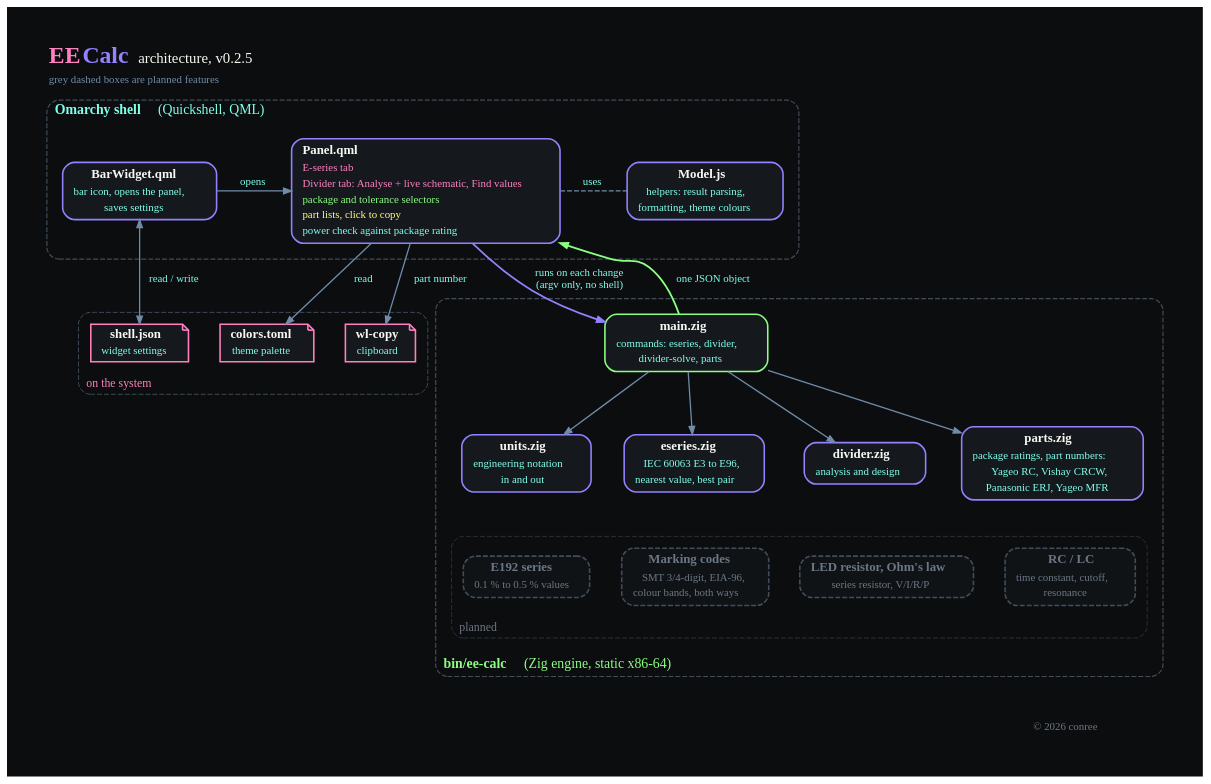
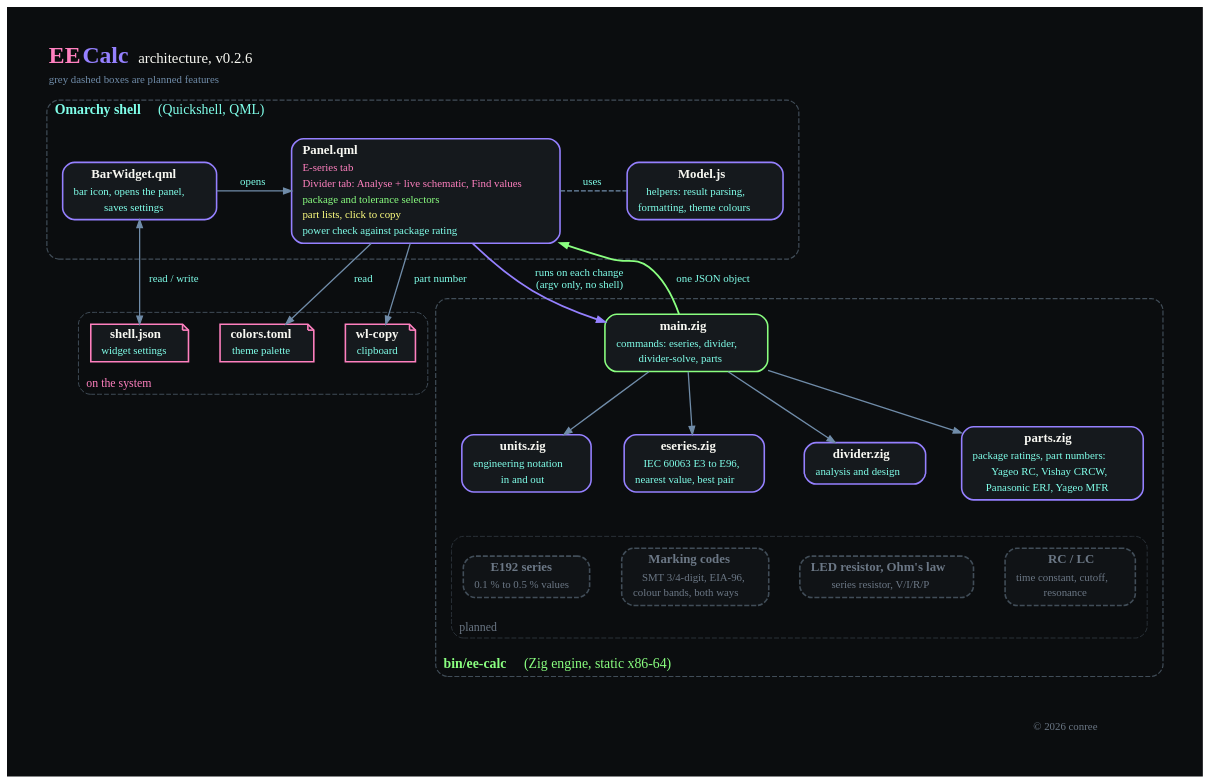
Before and after one commit to conree/omarchy-ee-calc: the diagram in docs/architecture.dot, drawn with Graphviz. The commit also changed 8 other files, not shown here.

```diff
--- a/docs/architecture.dot
+++ b/docs/architecture.dot
@@ -1,134 +1,134 @@
 // EE Calc architecture. Source for docs/architecture.png; regenerate with:
 //   dot -Tpng -Gdpi=144 docs/architecture.dot -o docs/architecture.png
 // Published as a PNG, not an outlined SVG: the Comic Code licence does not
 // allow distributing its glyph outlines in a reusable form.
 // Colours are the Dracula Pro Van Helsing palette; grey dashed boxes are
 // planned, not built. Every label is a table so multi-line text keeps its
 // line spacing.
 
 digraph eecalc {
   graph [rankdir=TB, bgcolor="#0B0D0F", fontname="Comic Code Ligatures", fontcolor="#F8F8F2",
          pad=0.45, nodesep=0.45, ranksep=0.65, compound=true, newrank=true, splines=spline]
   node  [shape=box, style="rounded,filled", fillcolor="#15191D", color="#9580FF", penwidth=1.6,
          fontname="Comic Code Ligatures", fontcolor="#F8F8F2", fontsize=13, margin="0.12,0.06"]
   edge  [color="#708CA9", penwidth=1.3, arrowsize=0.8, fontname="Comic Code Ligatures",
          fontcolor="#80FFEA", fontsize=11]
 
   label=<<TABLE BORDER="0" CELLPADDING="2" CELLSPACING="0">
-    <TR><TD ALIGN="LEFT"><FONT POINT-SIZE="24" COLOR="#FF80BF"><B>EE </B></FONT><FONT POINT-SIZE="24" COLOR="#9580FF"><B>Calc</B></FONT><FONT POINT-SIZE="15" COLOR="#F8F8F2">   architecture, v0.2.5</FONT></TD></TR>
+    <TR><TD ALIGN="LEFT"><FONT POINT-SIZE="24" COLOR="#FF80BF"><B>EE </B></FONT><FONT POINT-SIZE="24" COLOR="#9580FF"><B>Calc</B></FONT><FONT POINT-SIZE="15" COLOR="#F8F8F2">   architecture, v0.2.6</FONT></TD></TR>
     <TR><TD ALIGN="LEFT"><FONT POINT-SIZE="11" COLOR="#708CA9">grey dashed boxes are planned features</FONT></TD></TR>
   </TABLE>>
   labelloc=t; labeljust=l
 
   // ---- Inside the Omarchy shell -------------------------------------------
   subgraph cluster_shell {
     label=<<FONT COLOR="#80FFEA" POINT-SIZE="14"><B>Omarchy shell</B>  (Quickshell, QML)</FONT>>
     labeljust=l; style="rounded,dashed"; color="#414D58"; penwidth=1.2; margin=16
 
     bar [label=<<TABLE BORDER="0" CELLPADDING="2" CELLSPACING="0">
       <TR><TD><B>BarWidget.qml</B></TD></TR>
       <TR><TD><FONT POINT-SIZE="11" COLOR="#80FFEA">bar icon, opens the panel,</FONT></TD></TR>
       <TR><TD><FONT POINT-SIZE="11" COLOR="#80FFEA">saves settings</FONT></TD></TR></TABLE>>]
 
     panel [label=<<TABLE BORDER="0" CELLPADDING="2" CELLSPACING="0">
       <TR><TD ALIGN="LEFT"><B>Panel.qml</B></TD></TR>
       <TR><TD ALIGN="LEFT"><FONT POINT-SIZE="11" COLOR="#FF80BF">E-series tab</FONT></TD></TR>
       <TR><TD ALIGN="LEFT"><FONT POINT-SIZE="11" COLOR="#FF80BF">Divider tab: Analyse + live schematic, Find values</FONT></TD></TR>
       <TR><TD ALIGN="LEFT"><FONT POINT-SIZE="11" COLOR="#8AFF80">package and tolerance selectors</FONT></TD></TR>
       <TR><TD ALIGN="LEFT"><FONT POINT-SIZE="11" COLOR="#FFFF80">part lists, click to copy</FONT></TD></TR>
       <TR><TD ALIGN="LEFT"><FONT POINT-SIZE="11" COLOR="#80FFEA">power check against package rating</FONT></TD></TR></TABLE>>]
 
     model [label=<<TABLE BORDER="0" CELLPADDING="2" CELLSPACING="0">
       <TR><TD><B>Model.js</B></TD></TR>
       <TR><TD><FONT POINT-SIZE="11" COLOR="#80FFEA">helpers: result parsing,</FONT></TD></TR>
       <TR><TD><FONT POINT-SIZE="11" COLOR="#80FFEA">formatting, theme colours</FONT></TD></TR></TABLE>>]
 
     { rank=same; bar; panel; model }
     bar -> panel [label="  opens  "]
     panel -> model [label="  uses  ", arrowhead=none, style=dashed]
   }
 
   // ---- Files and tools the shell side touches -------------------------------
   subgraph cluster_ext {
     label=<<FONT COLOR="#FF80BF" POINT-SIZE="12">on the system</FONT>>
     labeljust=l; labelloc=b; style="rounded,dashed"; color="#414D58"; penwidth=1.0; margin=12
     node [shape=note, color="#FF80BF"]
     shelljson [label=<<TABLE BORDER="0" CELLPADDING="1" CELLSPACING="0"><TR><TD><B>shell.json</B></TD></TR><TR><TD><FONT POINT-SIZE="11" COLOR="#80FFEA">widget settings</FONT></TD></TR></TABLE>>]
     colors    [label=<<TABLE BORDER="0" CELLPADDING="1" CELLSPACING="0"><TR><TD><B>colors.toml</B></TD></TR><TR><TD><FONT POINT-SIZE="11" COLOR="#80FFEA">theme palette</FONT></TD></TR></TABLE>>]
     wlcopy    [label=<<TABLE BORDER="0" CELLPADDING="1" CELLSPACING="0"><TR><TD><B>wl-copy</B></TD></TR><TR><TD><FONT POINT-SIZE="11" COLOR="#80FFEA">clipboard</FONT></TD></TR></TABLE>>]
     { rank=same; shelljson; colors; wlcopy }
   }
 
   bar   -> shelljson [label="  read / write  ", dir=both, arrowtail=normal]
   panel -> colors    [label="  read  "]
   panel -> wlcopy    [label="  part number  "]
 
   // ---- The Zig engine -----------------------------------------------------
   subgraph cluster_engine {
     label=<<FONT COLOR="#8AFF80" POINT-SIZE="14"><B>bin/ee-calc</B>  (Zig engine, static x86-64)</FONT>>
     labeljust=l; labelloc=b; style="rounded,dashed"; color="#414D58"; penwidth=1.2; margin=16
 
     main [color="#8AFF80", label=<<TABLE BORDER="0" CELLPADDING="2" CELLSPACING="0">
       <TR><TD><B>main.zig</B></TD></TR>
       <TR><TD><FONT POINT-SIZE="11" COLOR="#80FFEA">commands: eseries, divider,</FONT></TD></TR>
       <TR><TD><FONT POINT-SIZE="11" COLOR="#80FFEA">divider-solve, parts</FONT></TD></TR></TABLE>>]
 
     units [label=<<TABLE BORDER="0" CELLPADDING="2" CELLSPACING="0">
       <TR><TD><B>units.zig</B></TD></TR>
       <TR><TD><FONT POINT-SIZE="11" COLOR="#80FFEA">engineering notation</FONT></TD></TR>
       <TR><TD><FONT POINT-SIZE="11" COLOR="#80FFEA">in and out</FONT></TD></TR></TABLE>>]
     eseries [label=<<TABLE BORDER="0" CELLPADDING="2" CELLSPACING="0">
       <TR><TD><B>eseries.zig</B></TD></TR>
       <TR><TD><FONT POINT-SIZE="11" COLOR="#80FFEA">IEC 60063 E3 to E96,</FONT></TD></TR>
       <TR><TD><FONT POINT-SIZE="11" COLOR="#80FFEA">nearest value, best pair</FONT></TD></TR></TABLE>>]
     divider [label=<<TABLE BORDER="0" CELLPADDING="2" CELLSPACING="0">
       <TR><TD><B>divider.zig</B></TD></TR>
       <TR><TD><FONT POINT-SIZE="11" COLOR="#80FFEA">analysis and design</FONT></TD></TR></TABLE>>]
     parts [label=<<TABLE BORDER="0" CELLPADDING="2" CELLSPACING="0">
       <TR><TD><B>parts.zig</B></TD></TR>
       <TR><TD><FONT POINT-SIZE="11" COLOR="#80FFEA">package ratings, part numbers:</FONT></TD></TR>
       <TR><TD><FONT POINT-SIZE="11" COLOR="#80FFEA">Yageo RC, Vishay CRCW,</FONT></TD></TR>
       <TR><TD><FONT POINT-SIZE="11" COLOR="#80FFEA">Panasonic ERJ, Yageo MFR</FONT></TD></TR></TABLE>>]
 
     { rank=same; units; eseries; divider; parts }
     main -> units
     main -> eseries
     main -> divider
     main -> parts
 
     // ---- Planned --------------------------------------------------------
     subgraph cluster_planned {
       label=<<FONT COLOR="#6B7785" POINT-SIZE="12">planned</FONT>>
       labeljust=l; style="rounded,dashed"; color="#2A3138"; penwidth=1.0; margin=12
       node [style="rounded,filled,dashed", fillcolor="#101316", color="#414D58", fontcolor="#6B7785"]
       p_e192 [label=<<TABLE BORDER="0" CELLPADDING="2" CELLSPACING="0">
         <TR><TD><B>E192 series</B></TD></TR>
         <TR><TD><FONT POINT-SIZE="11">0.1 % to 0.5 % values</FONT></TD></TR></TABLE>>]
       p_marking [label=<<TABLE BORDER="0" CELLPADDING="2" CELLSPACING="0">
         <TR><TD><B>Marking codes</B></TD></TR>
         <TR><TD><FONT POINT-SIZE="11">SMT 3/4-digit, EIA-96,</FONT></TD></TR>
         <TR><TD><FONT POINT-SIZE="11">colour bands, both ways</FONT></TD></TR></TABLE>>]
       p_led [label=<<TABLE BORDER="0" CELLPADDING="2" CELLSPACING="0">
         <TR><TD><B>LED resistor, Ohm's law</B></TD></TR>
         <TR><TD><FONT POINT-SIZE="11">series resistor, V/I/R/P</FONT></TD></TR></TABLE>>]
       p_rc [label=<<TABLE BORDER="0" CELLPADDING="2" CELLSPACING="0">
         <TR><TD><B>RC / LC</B></TD></TR>
         <TR><TD><FONT POINT-SIZE="11">time constant, cutoff,</FONT></TD></TR>
         <TR><TD><FONT POINT-SIZE="11">resonance</FONT></TD></TR></TABLE>>]
       { rank=same; p_e192; p_marking; p_led; p_rc }
     }
     // Invisible edges stack the planned row under the built modules.
     units -> p_e192 [style=invis]
     eseries -> p_marking [style=invis]
     divider -> p_led [style=invis]
     parts -> p_rc [style=invis]
   }
 
   // ---- Copyright, bottom right: hung below the rightmost planned box -------
   copyright [shape=plaintext, style="", label=<<FONT POINT-SIZE="11" COLOR="#6B7785">© 2026 conree</FONT>>]
   p_rc -> copyright [style=invis]
 
   // ---- Panel <-> engine -----------------------------------------------------
   panel -> main [label=<  runs on each change<BR/>  (argv only, no shell)  >, color="#9580FF", penwidth=1.8]
   main -> panel [label="  one JSON object  ", color="#8AFF80", penwidth=1.8]
 }
```
